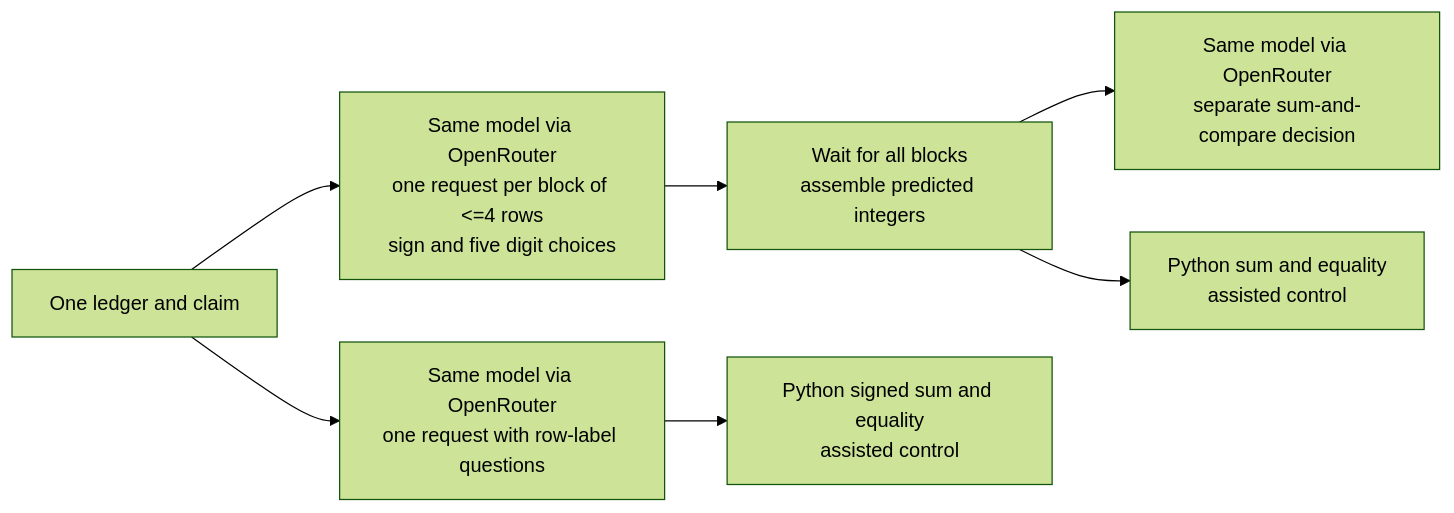
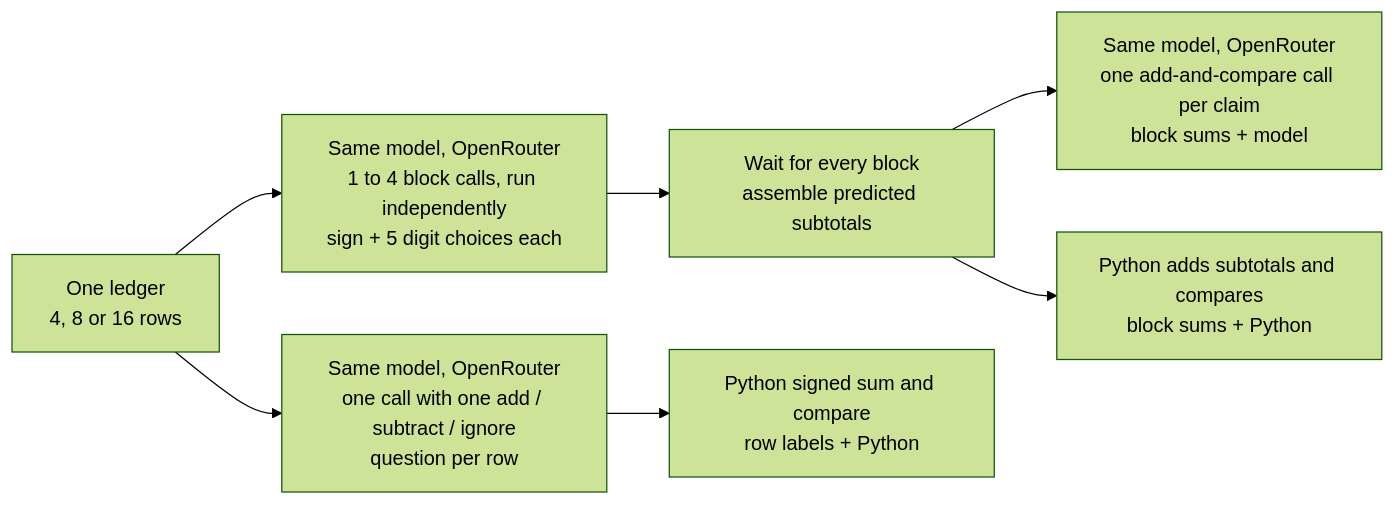
Before and after one commit to k-sandhu/experiment-notebooks: the second of 2 diagrams in notebooks/18-decisions-api-comparison/README.md, drawn with Mermaid (forest theme). The commit also changed other lines of this file and 2 other files, not shown here.

First line of the commit message:
Rewrite notebook 18 README and narrative as one answer

````diff
--- a/notebooks/18-decisions-api-comparison/README.md
+++ b/notebooks/18-decisions-api-comparison/README.md
@@ -118,9 +129,9 @@
 ```mermaid
 flowchart LR
- L["One ledger and claim"] --> B["Same model via OpenRouter<br/>one request per block of <=4 rows<br/>sign and five digit choices"]
- B --> W["Wait for all blocks<br/>assemble predicted integers"]
- W --> F["Same model via OpenRouter<br/>separate sum-and-compare decision"]
- W --> P["Python sum and equality<br/>assisted control"]
- L --> R["Same model via OpenRouter<br/>one request with row-label questions"]
- R --> C["Python signed sum and equality<br/>assisted control"]
+    L["One ledger<br/>4, 8 or 16 rows"] --> B["Same model, OpenRouter<br/>1 to 4 block calls, run independently<br/>sign + 5 digit choices each"]
+    B --> W["Wait for every block<br/>assemble predicted subtotals"]
+    W --> F["Same model, OpenRouter<br/>one add-and-compare call per claim<br/>block sums + model"]
+    W --> P["Python adds subtotals and compares<br/>block sums + Python"]
+    L --> R["Same model, OpenRouter<br/>one call with one add / subtract / ignore<br/>question per row"]
+    R --> C["Python signed sum and compare<br/>row labels + Python"]
 ```
````
